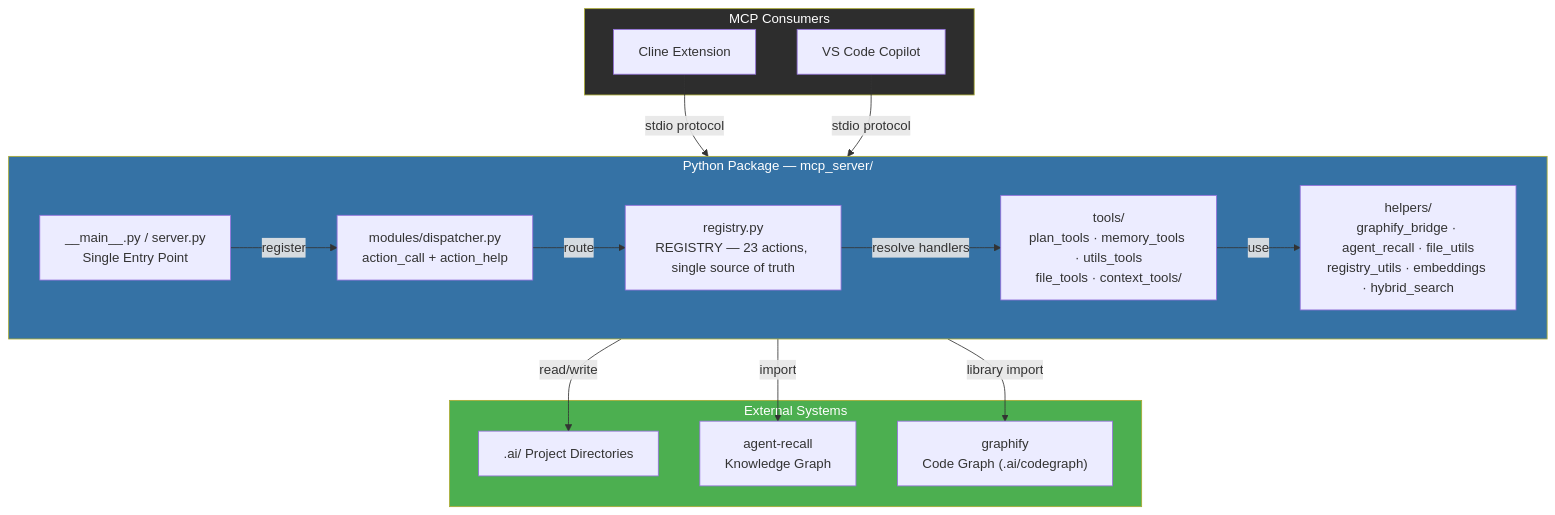
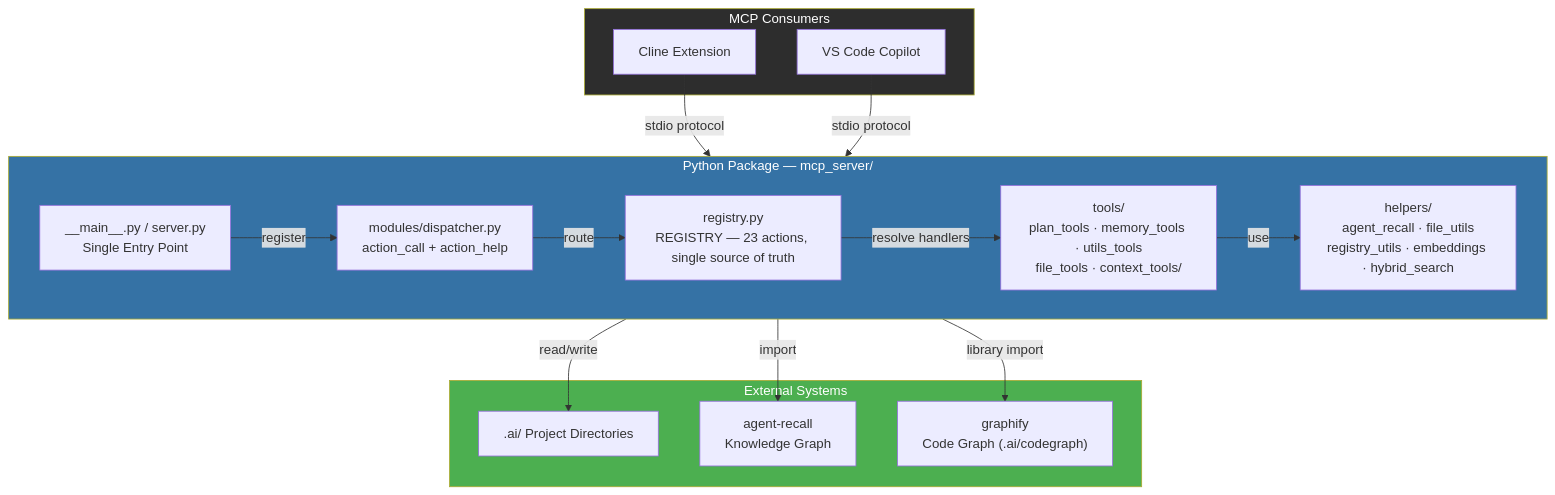
The first of 2 diagrams in src/mcp_server/README.md (awsomplak/awlab-ai-assistant), drawn with Mermaid before and after one commit. The commit also changed other lines of this file, not shown here.

Commit message:
[doc] Core: Remove stale graphify documentation references

````diff
--- a/src/mcp_server/README.md
+++ b/src/mcp_server/README.md
@@ -15,35 +15,35 @@
 ```mermaid
 graph TB
   subgraph SERVER["Python Package — mcp_server/"]
     direction LR
     MAIN["__main__.py / server.py<br/>Single Entry Point"]
     DISP["modules/dispatcher.py<br/>action_call + action_help"]
     REG["registry.py<br/>REGISTRY — 23 actions, single source of truth"]
     TOOLS["tools/<br/>plan_tools · memory_tools · utils_tools<br/>file_tools · context_tools/"]
-    HELPERS["helpers/<br/>graphify_bridge · agent_recall · file_utils<br/>registry_utils · embeddings · hybrid_search"]
+    HELPERS["helpers/<br/>agent_recall · file_utils<br/>registry_utils · embeddings · hybrid_search"]
   end
 
   subgraph CLIENTS["MCP Consumers"]
     CL["Cline Extension"]
     CP["VS Code Copilot"]
   end
 
   subgraph EXTERNAL["External Systems"]
     FS[".ai/ Project Directories"]
     AG["agent-recall<br/>Knowledge Graph"]
     CG["graphify<br/>Code Graph (.ai/codegraph)"]
   end
 
   CL & CP -->|"stdio protocol"| MAIN
   MAIN -->|"register"| DISP
   DISP -->|"route"| REG
   REG -->|"resolve handlers"| TOOLS
   TOOLS -->|"use"| HELPERS
   HELPERS -->|"read/write"| FS
   HELPERS -->|"import"| AG
   HELPERS -->|"library import"| CG
 
   style SERVER fill:#3572A5,color:#fff
   style CLIENTS fill:#2d2d2d,color:#fff
   style EXTERNAL fill:#4caf50,color:#fff
 ```
````
